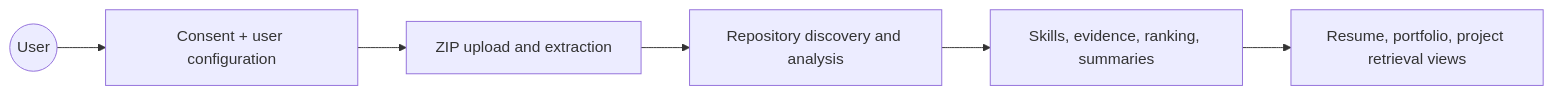
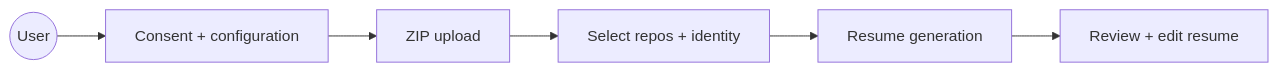
One commit to COSC-499-W2025/capstone-project-team-1 changed the second of 2 diagrams in README.md. Above: the diagram before and after it, drawn with Mermaid. The commit also changed other lines of this file and 1 other file, not shown here.

````diff
--- a/README.md
+++ b/README.md
@@ -73,8 +68,8 @@
 ```mermaid
 flowchart LR
-    User(("User")) --> Consent["Consent + user configuration"]
-    Consent --> Upload["ZIP upload and extraction"]
-    Upload --> Discovery["Repository discovery and analysis"]
-    Discovery --> Evidence["Skills, evidence, ranking, summaries"]
-    Evidence --> Outputs["Resume, portfolio, project retrieval views"]
+    User(("User")) --> Consent["Consent + configuration"]
+    Consent --> Upload["ZIP upload"]
+    Upload --> Configure["Select repos + identity"]
+    Configure --> Generate["Resume generation"]
+    Generate --> Review["Review + edit resume"]
 ```
````
